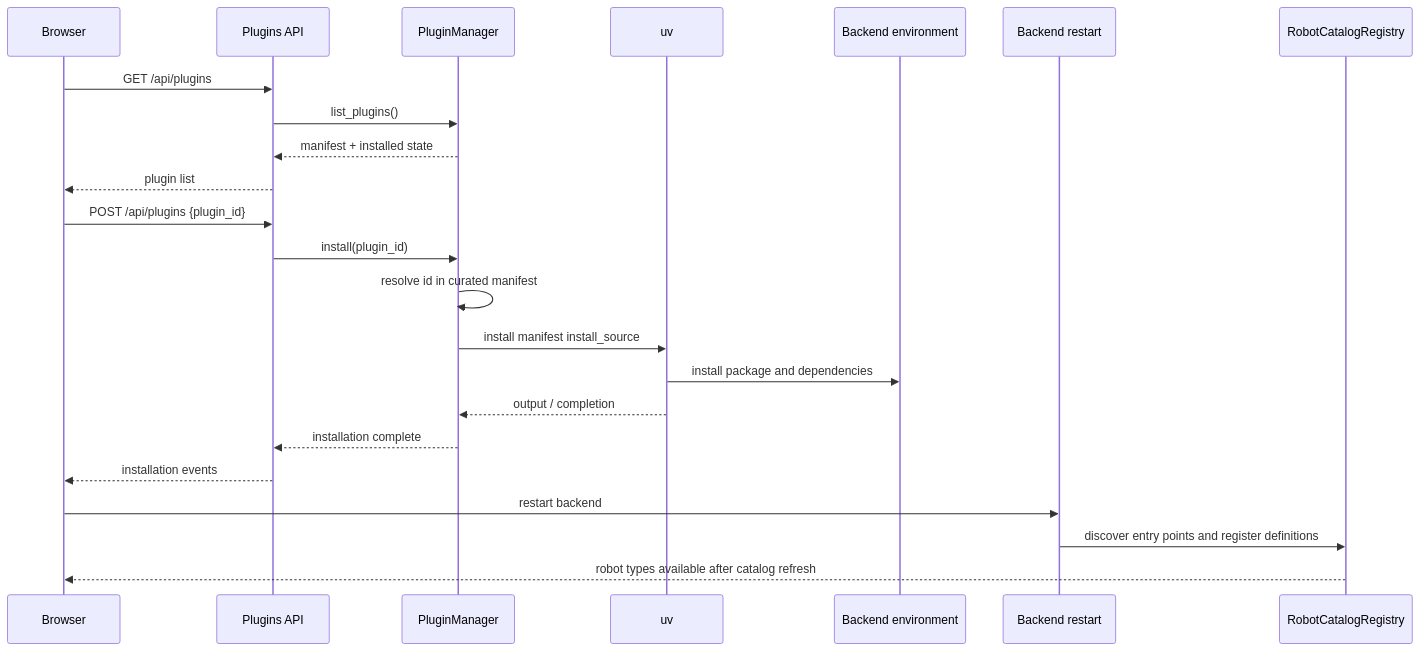
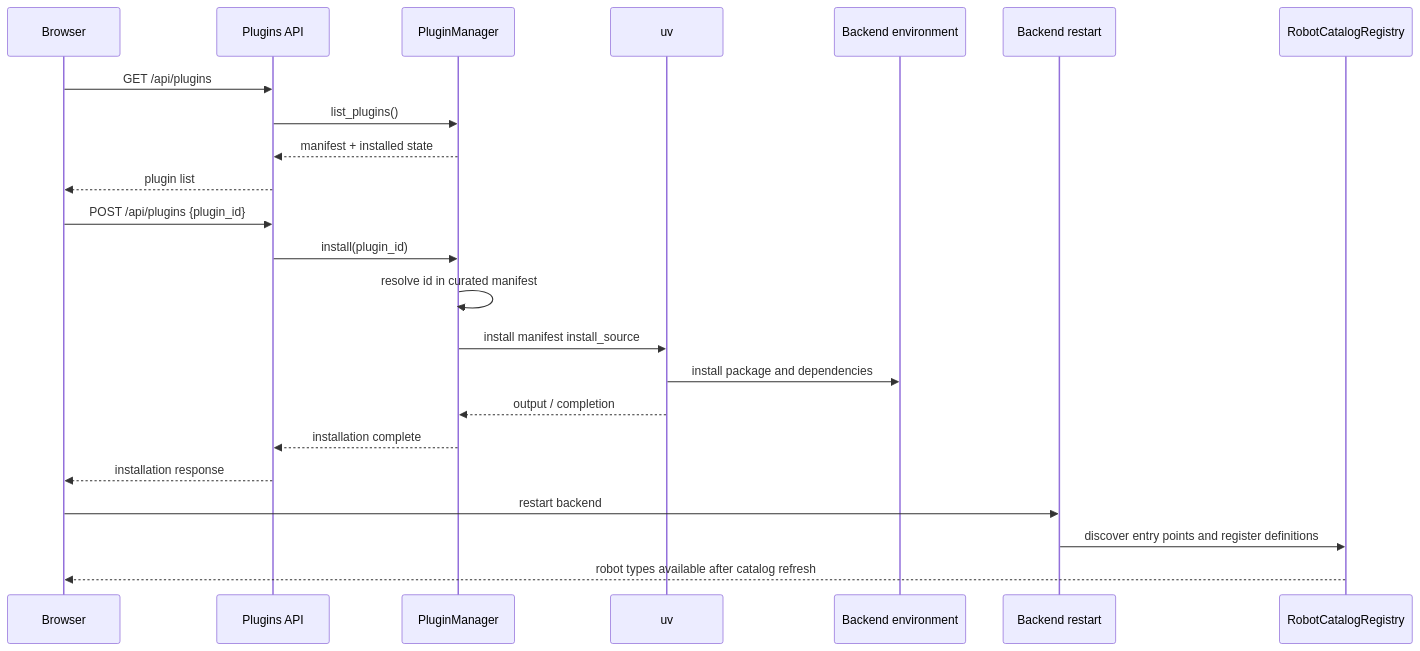
One commit to MarkRedeman/physical-ai-studio changed the third of 4 diagrams in application/docs/explanation/robot-plugin-architecture.md. Above: the diagram before and after it, drawn with Mermaid. The commit also changed other lines of this file and 2 other files, not shown here.

````diff
--- a/application/docs/explanation/robot-plugin-architecture.md
+++ b/application/docs/explanation/robot-plugin-architecture.md
@@ -86,26 +86,26 @@
 ```mermaid
 sequenceDiagram
   participant Browser
   participant API as Plugins API
   participant Manager as PluginManager
   participant UV as uv
   participant Env as Backend environment
   participant Restart as Backend restart
   participant Registry as RobotCatalogRegistry
 
   Browser->>API: GET /api/plugins
   API->>Manager: list_plugins()
   Manager-->>API: manifest + installed state
   API-->>Browser: plugin list
   Browser->>API: POST /api/plugins {plugin_id}
   API->>Manager: install(plugin_id)
   Manager->>Manager: resolve id in curated manifest
   Manager->>UV: install manifest install_source
   UV->>Env: install package and dependencies
   UV-->>Manager: output / completion
   Manager-->>API: installation complete
-  API-->>Browser: installation events
+  API-->>Browser: installation response
   Browser->>Restart: restart backend
   Restart->>Registry: discover entry points and register definitions
   Registry-->>Browser: robot types available after catalog refresh
 ```
````
